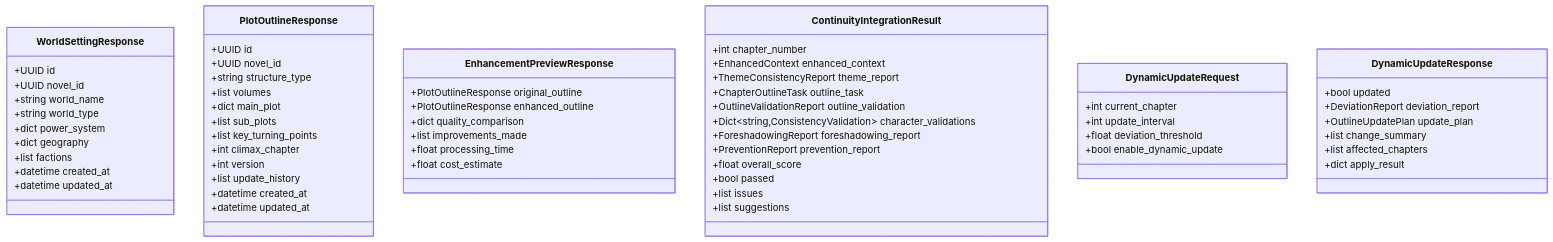
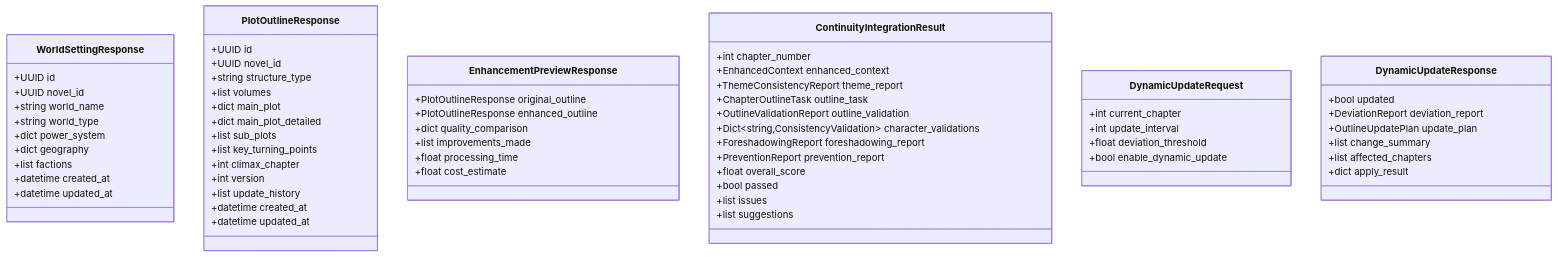
The tenth of 11 diagrams in .qoder/repowiki/zh/content/AI智能体系统/智能大纲完善系统.md (xfbyxq/ai-novel-system), drawn with Mermaid before and after one commit. The commit also changed other lines of this file and 43 other files, not shown here.

````diff
--- a/.qoder/repowiki/zh/content/AI智能体系统/智能大纲完善系统.md
+++ b/.qoder/repowiki/zh/content/AI智能体系统/智能大纲完善系统.md
@@ -686,64 +705,65 @@
 ```mermaid
 classDiagram
 class WorldSettingResponse {
 +UUID id
 +UUID novel_id
 +string world_name
 +string world_type
 +dict power_system
 +dict geography
 +list factions
 +datetime created_at
 +datetime updated_at
 }
 class PlotOutlineResponse {
 +UUID id
 +UUID novel_id
 +string structure_type
 +list volumes
 +dict main_plot
++dict main_plot_detailed
 +list sub_plots
 +list key_turning_points
 +int climax_chapter
 +int version
 +list update_history
 +datetime created_at
 +datetime updated_at
 }
 class EnhancementPreviewResponse {
 +PlotOutlineResponse original_outline
 +PlotOutlineResponse enhanced_outline
 +dict quality_comparison
 +list improvements_made
 +float processing_time
 +float cost_estimate
 }
 class ContinuityIntegrationResult {
 +int chapter_number
 +EnhancedContext enhanced_context
 +ThemeConsistencyReport theme_report
 +ChapterOutlineTask outline_task
 +OutlineValidationReport outline_validation
 +Dict~string,ConsistencyValidation~ character_validations
 +ForeshadowingReport foreshadowing_report
 +PreventionReport prevention_report
 +float overall_score
 +bool passed
 +list issues
 +list suggestions
 }
 class DynamicUpdateRequest {
 +int current_chapter
 +int update_interval
 +float deviation_threshold
 +bool enable_dynamic_update
 }
 class DynamicUpdateResponse {
 +bool updated
 +DeviationReport deviation_report
 +OutlineUpdatePlan update_plan
 +list change_summary
 +list affected_chapters
 +dict apply_result
 }
 ```
````
